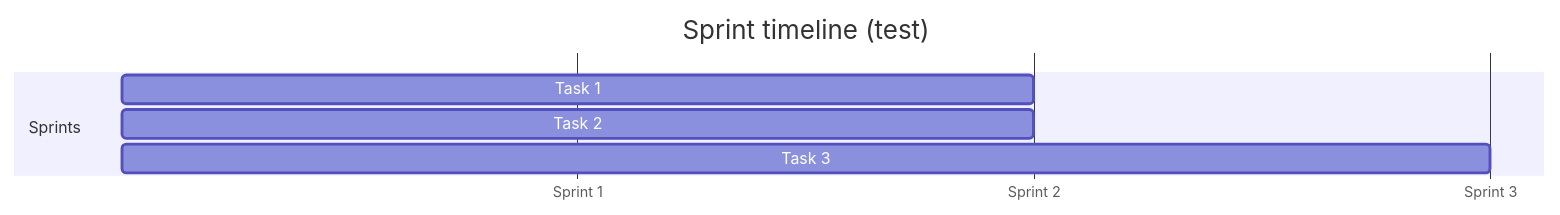
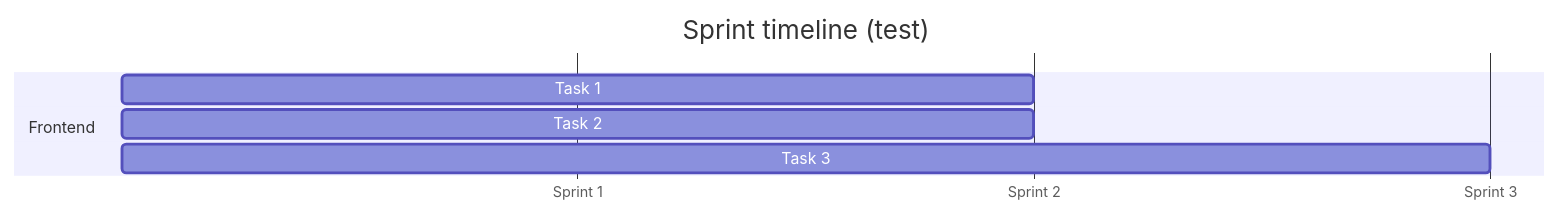
The eighth of 8 diagrams in docs/readme.md (RandomSearch18/a-level-project), drawn with Mermaid before and after one commit. The commit also changed other lines of this file, not shown here.

Commit message:
Adjust diagram

````diff
--- a/docs/readme.md
+++ b/docs/readme.md
@@ -1377,13 +1371,13 @@
 ```mermaid
 %% TODO what do we do with this
 gantt
   title Sprint timeline (test)
   dateFormat X
   axisFormat Sprint %s
   tickInterval 1second
-  section Sprints
+  section Frontend
     %% Final milestone : milestone, m2, 2024-11-30, 4m
     Task 1: 1, 2
     Task 2: 1, 2
     Task 3: 2, 3
 ```
````
